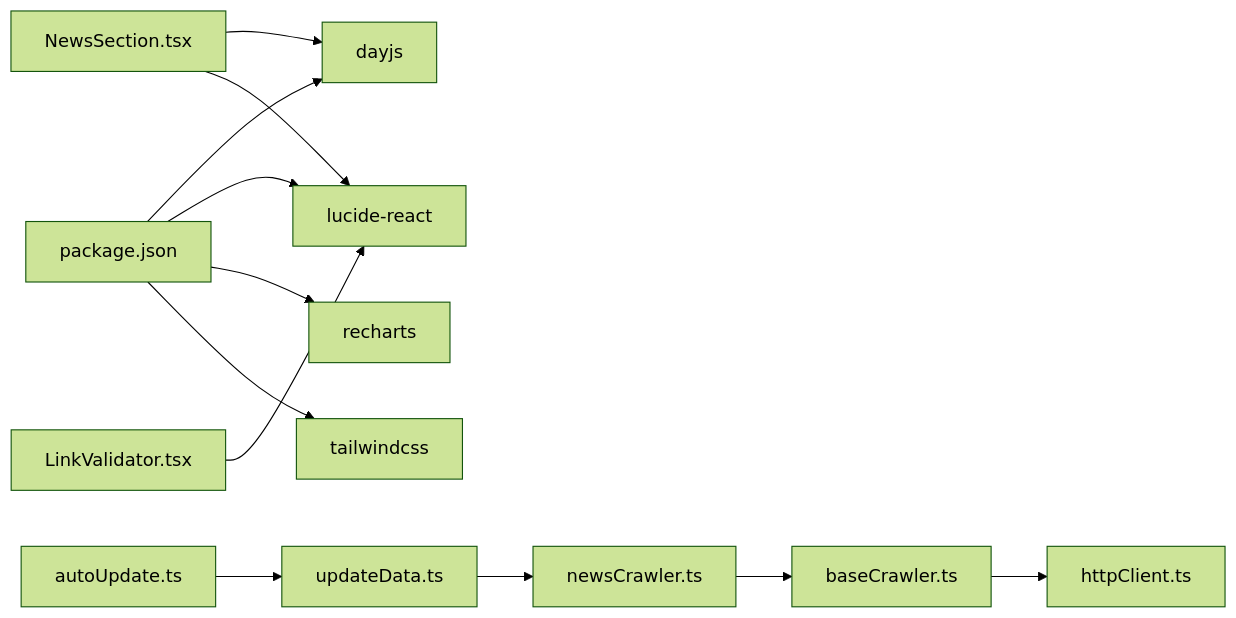
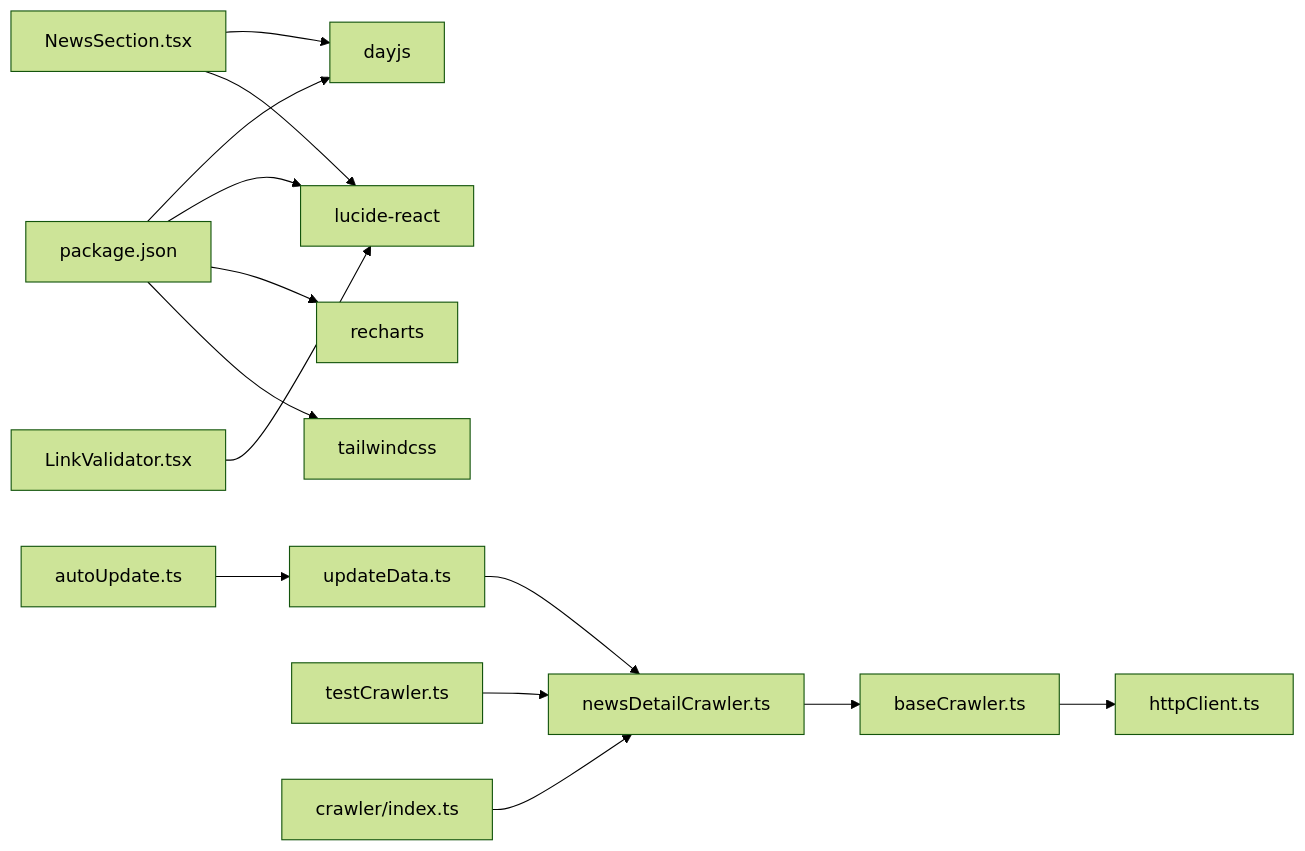
The seventh of 7 diagrams in .qoder/repowiki/zh/content/数据管理/新闻数据管理/新闻数据管理.md (liangxuanliang-cmd/carbon-info-agent), drawn with Mermaid (forest theme) before and after one commit. The commit also changed other lines of this file and 8 other files, not shown here.

````diff
--- a/.qoder/repowiki/zh/content/数据管理/新闻数据管理/新闻数据管理.md
+++ b/.qoder/repowiki/zh/content/数据管理/新闻数据管理/新闻数据管理.md
@@ -438,19 +464,21 @@
 ```mermaid
 graph LR
 PACKAGE["package.json"]
 DAYJS["dayjs"]
 LUCIDE["lucide-react"]
 RECHARTS["recharts"]
 TAILWIND["tailwindcss"]
 PACKAGE --> DAYJS
 PACKAGE --> LUCIDE
 PACKAGE --> RECHARTS
 PACKAGE --> TAILWIND
 NEWS_SEC["NewsSection.tsx"] --> DAYJS
 NEWS_SEC --> LUCIDE
 LINK_VAL["LinkValidator.tsx"] --> LUCIDE
 BASE_CRAWLER["baseCrawler.ts"] --> HTTP_CLIENT["httpClient.ts"]
-NEWS_CRAWLER["newsCrawler.ts"] --> BASE_CRAWLER
-UPDATE_DATA["updateData.ts"] --> NEWS_CRAWLER
+NEWS_DETAIL_CRAWLER["newsDetailCrawler.ts"] --> BASE_CRAWLER
+UPDATE_DATA["updateData.ts"] --> NEWS_DETAIL_CRAWLER
 AUTO_UPDATE["autoUpdate.ts"] --> UPDATE_DATA
+TEST_CRAWLER["testCrawler.ts"] --> NEWS_DETAIL_CRAWLER
+INDEX_CRAWLER["crawler/index.ts"] --> NEWS_DETAIL_CRAWLER
 ```
````
